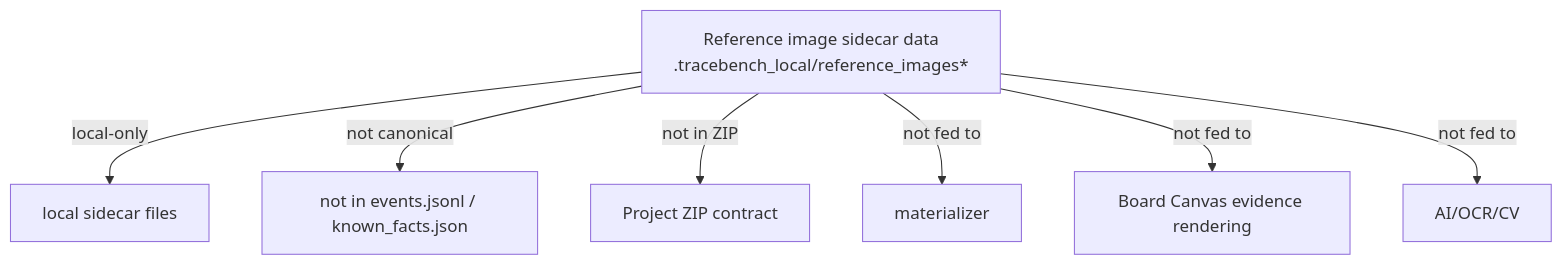
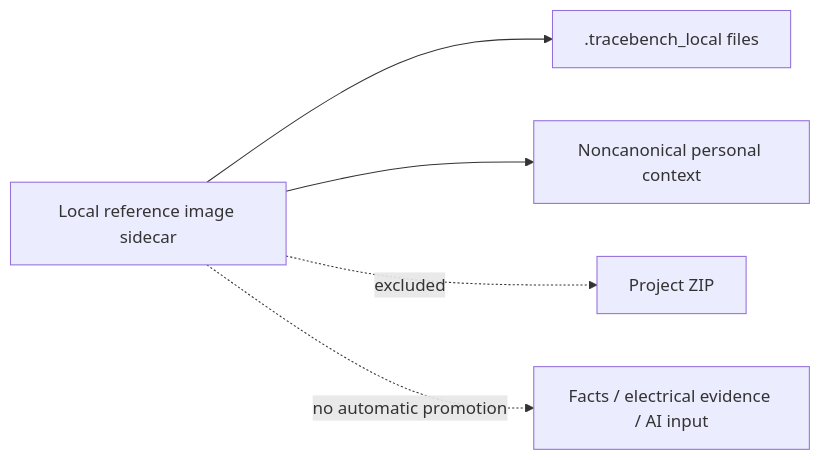
One commit to Fuuduuu/TraceBench changed the second of 2 diagrams in docs/ARCHITECTURE_BOUNDARIES.md. Above: the diagram before and after it, drawn with Mermaid. The commit also changed other lines of this file and 15 other files, not shown here.

````diff
--- a/docs/ARCHITECTURE_BOUNDARIES.md
+++ b/docs/ARCHITECTURE_BOUNDARIES.md
@@ -20,9 +31,7 @@
 ```mermaid
-flowchart TD
-  RI["Reference image sidecar data<br/>.tracebench_local/reference_images*"] -->|local-only| FS["local sidecar files"]
-  RI -->|not canonical| NI["not in events.jsonl / known_facts.json"]
-  RI -->|not in ZIP| ZIP["Project ZIP contract"]
-  RI -->|not fed to| MAT["materializer"]
-  RI -->|not fed to| BC["Board Canvas evidence rendering"]
-  RI -->|not fed to| AI["AI/OCR/CV"]
+flowchart LR
+  RI["Local reference image sidecar"] --> FS[".tracebench_local files"]
+  RI --> NC["Noncanonical personal context"]
+  RI -. "excluded" .-> ZIP["Project ZIP"]
+  RI -. "no automatic promotion" .-> E["Facts / electrical evidence / AI input"]
 ```
````
